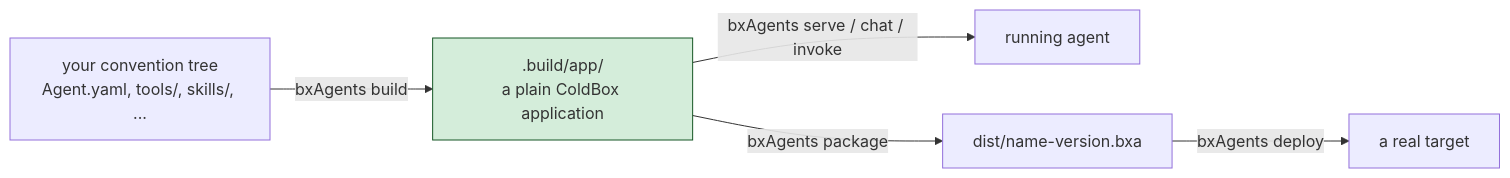
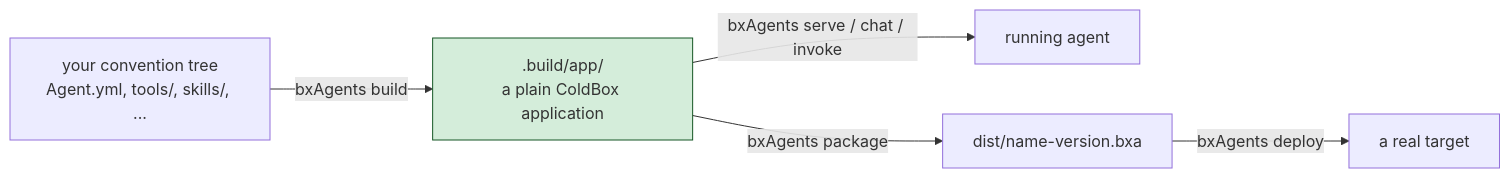
The diagram in docs/versions/1.0.x/course/02-what-is-bxagents.md (ortus-boxlang/bx-agents), drawn with Mermaid before and after one commit. The commit also changed other lines of this file and 401 other files, not shown here.

First line of the commit message:
Rename Agent.yaml, bxAgents.yml and settings.yml to Agent.yml

````diff
--- a/docs/versions/1.0.x/course/02-what-is-bxagents.md
+++ b/docs/versions/1.0.x/course/02-what-is-bxagents.md
@@ -22,9 +22,9 @@
 ```mermaid
 flowchart LR
-    A["your convention tree<br/>Agent.yaml, tools/, skills/, ..."] -->|"bxAgents build"| B[".build/app/<br/>a plain ColdBox application"]
+    A["your convention tree<br/>Agent.yml, tools/, skills/, ..."] -->|"bxAgents build"| B[".build/app/<br/>a plain ColdBox application"]
     B -->|"bxAgents serve / chat / invoke"| C["running agent"]
     B -->|"bxAgents package"| D["dist/name-version.bxa"]
     D -->|"bxAgents deploy"| E["a real target"]
 
     style B fill:#d4edda,stroke:#155724
 ```
````
